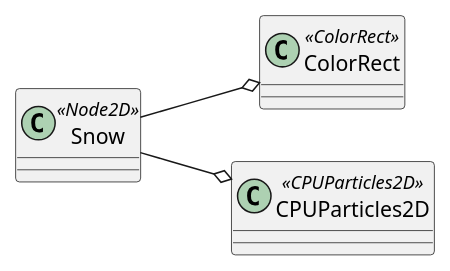
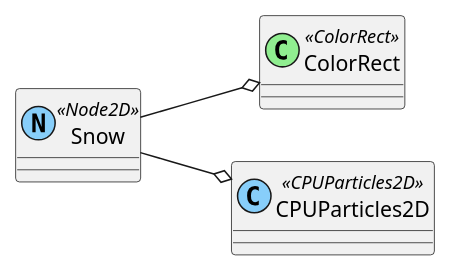
One commit to tkmfujise/Platformer-Game-Learning changed the diagram in content/scenes/src/world/snow/snow.tscn.adoc. Above: the diagram before and after it, drawn with PlantUML. The commit also changed 69 other files, not shown here.

Commit message:
Change scene diagram class color

```diff
--- a/content/scenes/src/world/snow/snow.tscn.adoc
+++ b/content/scenes/src/world/snow/snow.tscn.adoc
@@ -9,13 +9,13 @@
 [plantuml]
 ....
-class ROOT as "Snow" <<Node2D>> {
+class ROOT as "Snow" <<(N,lightskyblue) Node2D>> {
 }
-class ColorRect as "ColorRect" <<ColorRect>> {
+class ColorRect as "ColorRect" <<(C,lightgreen) ColorRect>> {
 }
-class CPUParticles2D as "CPUParticles2D" <<CPUParticles2D>> {
+class CPUParticles2D as "CPUParticles2D" <<(C,lightskyblue) CPUParticles2D>> {
 }
 ROOT --o ColorRect
 ROOT --o CPUParticles2D
 left to right direction
 
 ....
```
